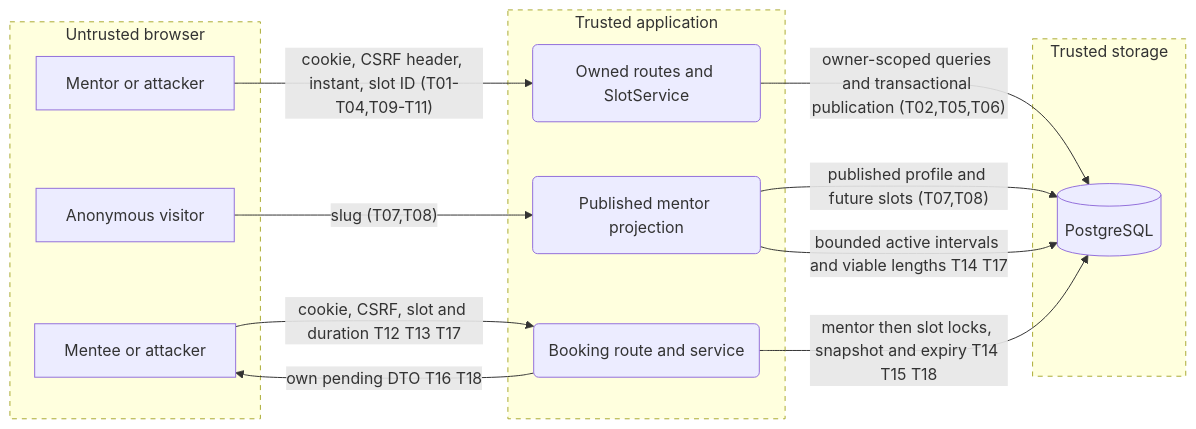
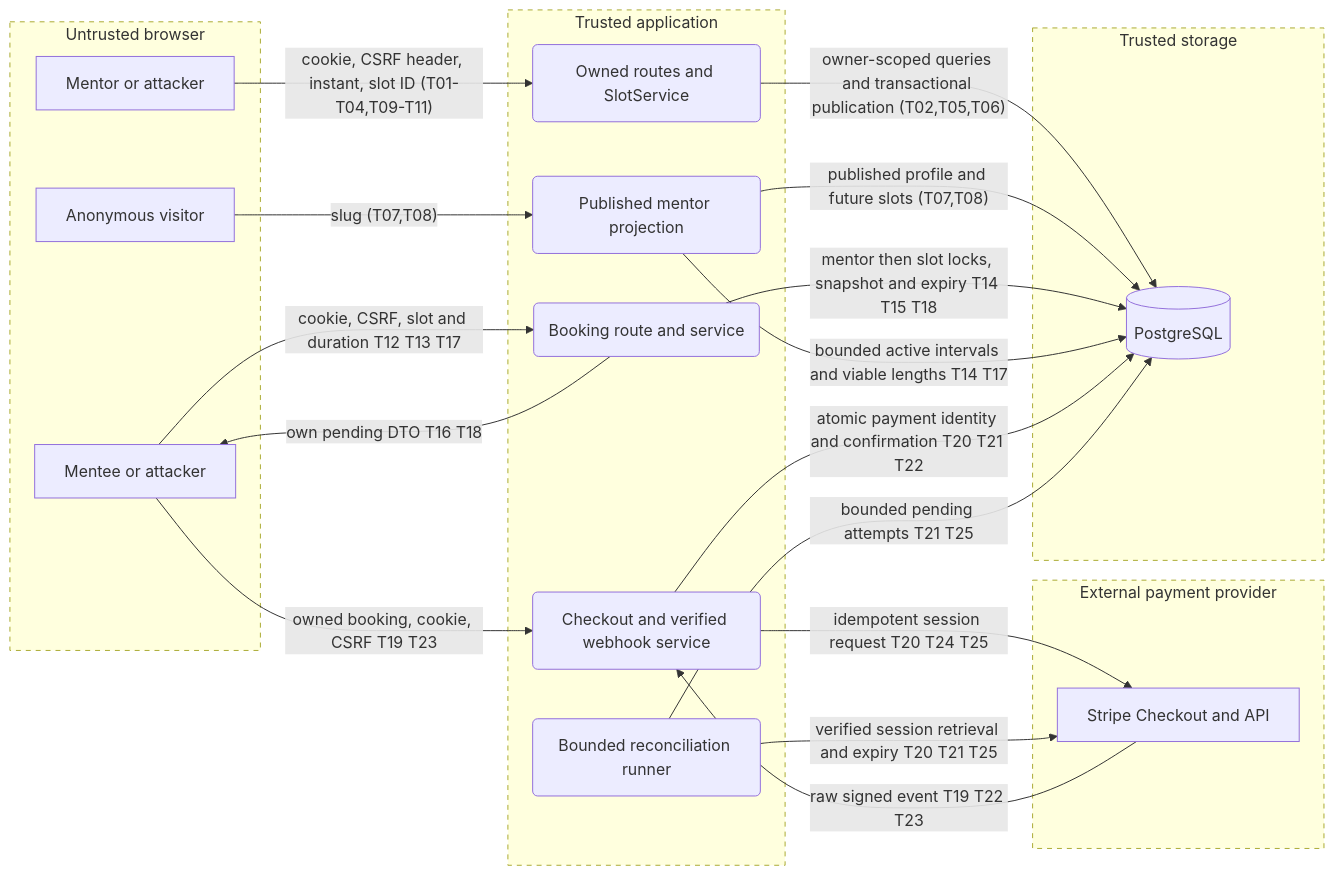
One commit to warnaa/aitl-mentio changed the diagram in docs/security/threat-model.mmd. Above: the diagram before and after it, drawn with Mermaid. The commit also changed 11 other files, not shown here.

Commit message:
docs(specs): define booking payment lifecycle (#41) (#71)

```diff
--- a/docs/security/threat-model.mmd
+++ b/docs/security/threat-model.mmd
@@ -1,24 +1,35 @@
 flowchart LR
   subgraph internet [Untrusted browser]
     Mentor[Mentor or attacker]
     Visitor[Anonymous visitor]
     Mentee[Mentee or attacker]
   end
   subgraph app [Trusted application]
     API(Owned routes and SlotService)
     Public(Published mentor projection)
     Booking(Booking route and service)
+    Payments(Checkout and verified webhook service)
+    Recovery(Bounded reconciliation runner)
+  end
+  subgraph provider [External payment provider]
+    Stripe[Stripe Checkout and API]
   end
   subgraph data [Trusted storage]
     DB[(PostgreSQL)]
   end
   Mentor -->|"cookie, CSRF header, instant, slot ID (T01-T04,T09-T11)"| API
   API -->|"owner-scoped queries and transactional publication (T02,T05,T06)"| DB
   Visitor -->|"slug (T07,T08)"| Public
   Public -->|"published profile and future slots (T07,T08)"| DB
   Mentee -->|"cookie, CSRF, slot and duration T12 T13 T17"| Booking
   Booking -->|"mentor then slot locks, snapshot and expiry T14 T15 T18"| DB
   Booking -->|"own pending DTO T16 T18"| Mentee
   Public -->|"bounded active intervals and viable lengths T14 T17"| DB
+  Mentee -->|"owned booking, cookie, CSRF T19 T23"| Payments
+  Payments -->|"idempotent session request T20 T24 T25"| Stripe
+  Stripe -->|"raw signed event T19 T22 T23"| Payments
+  Payments -->|"atomic payment identity and confirmation T20 T21 T22"| DB
+  Recovery -->|"bounded pending attempts T21 T25"| DB
+  Recovery -->|"verified session retrieval and expiry T20 T21 T25"| Stripe
   classDef boundary stroke-dasharray: 5 5
-  class internet,app,data boundary
+  class internet,app,data,provider boundary
```
